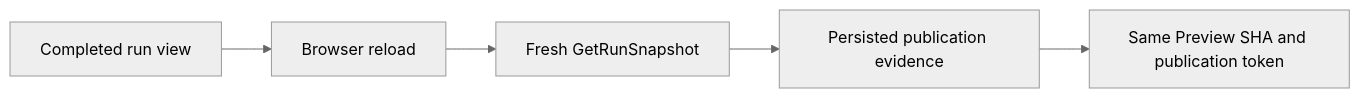
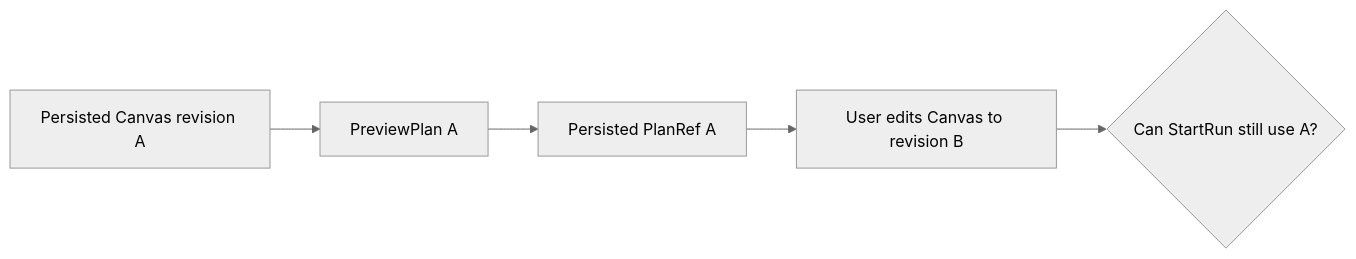
One commit to dunay2/dvt changed the first of 2 diagrams in docs/planning/proposals/mandatory/frontend-and-ux/gh-3021-dvt-preview-run-live-plan-20260915.md. Above: the diagram before and after it, drawn with Mermaid (neutral theme). The commit also changed other lines of this file and 1 other file, not shown here.

Commit message:
test(web): Prove stale DVT Preview cannot start a run (#3198)

````diff
--- a/docs/planning/proposals/mandatory/frontend-and-ux/gh-3021-dvt-preview-run-live-plan-20260915.md
+++ b/docs/planning/proposals/mandatory/frontend-and-ux/gh-3021-dvt-preview-run-live-plan-20260915.md
@@ -28,7 +29,7 @@
 ```mermaid
 flowchart LR
-  A[Completed run view] --> B[Browser reload]
-  B --> C[Fresh GetRunSnapshot]
-  C --> D[Persisted publication evidence]
-  D --> E[Same Preview SHA and publication token]
+  A[Persisted Canvas revision A] --> B[PreviewPlan A]
+  B --> C[Persisted PlanRef A]
+  C --> D[User edits Canvas to revision B]
+  D --> E{Can StartRun still use A?}
 ```
````
